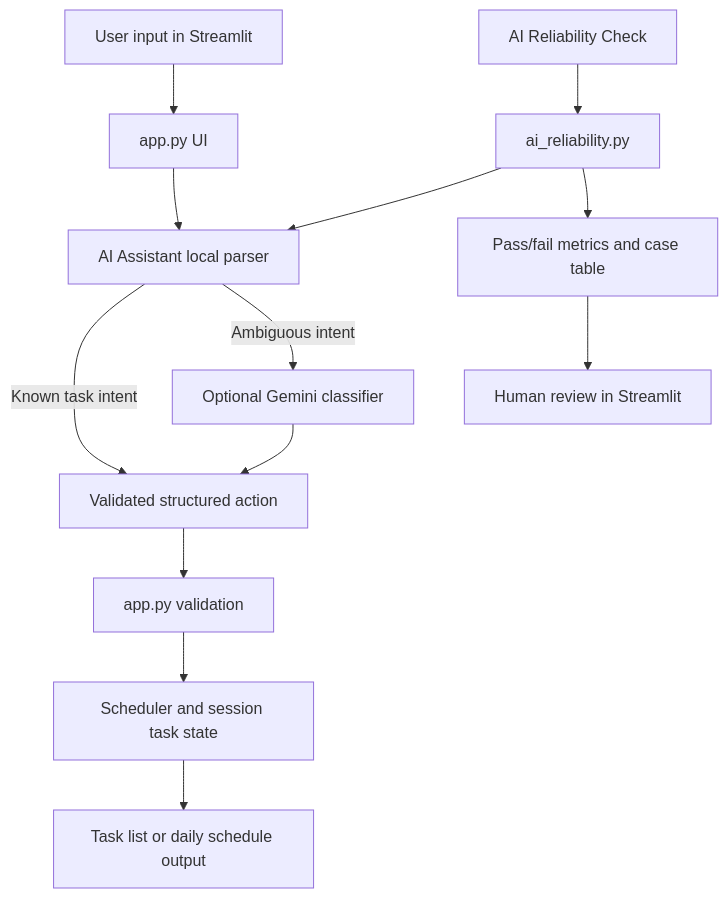
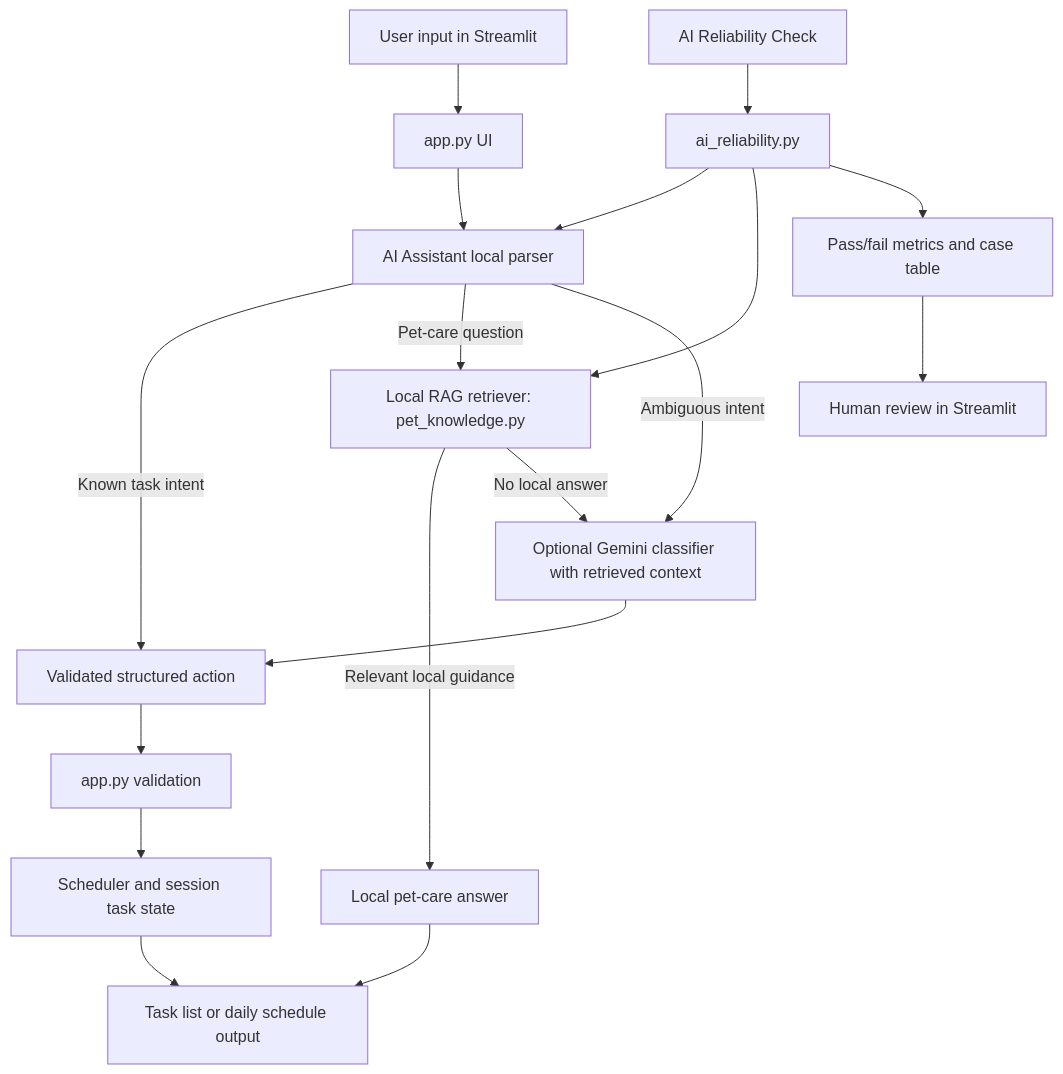
The diagram in README.md (gbw30/ai110-module2show-pawpal-starter), drawn with Mermaid before and after one commit. The commit also changed other lines of this file and 7 other files, not shown here.

````diff
--- a/README.md
+++ b/README.md
@@ -57,16 +57,21 @@
 ```mermaid
 flowchart TD
     A[User input in Streamlit] --> B[app.py UI]
     B --> C[AI Assistant local parser]
     C -->|Known task intent| D[Validated structured action]
-    C -->|Ambiguous intent| E[Optional Gemini classifier]
+    C -->|Pet-care question| M[Local RAG retriever: pet_knowledge.py]
+    M -->|Relevant local guidance| N[Local pet-care answer]
+    M -->|No local answer| E[Optional Gemini classifier with retrieved context]
+    C -->|Ambiguous intent| E
     E --> D
     D --> F[app.py validation]
     F --> G[Scheduler and session task state]
     G --> H[Task list or daily schedule output]
+    N --> H
 
     I[AI Reliability Check] --> J[ai_reliability.py]
     J --> C
+    J --> M
     J --> K[Pass/fail metrics and case table]
     K --> L[Human review in Streamlit]
 ```
````
